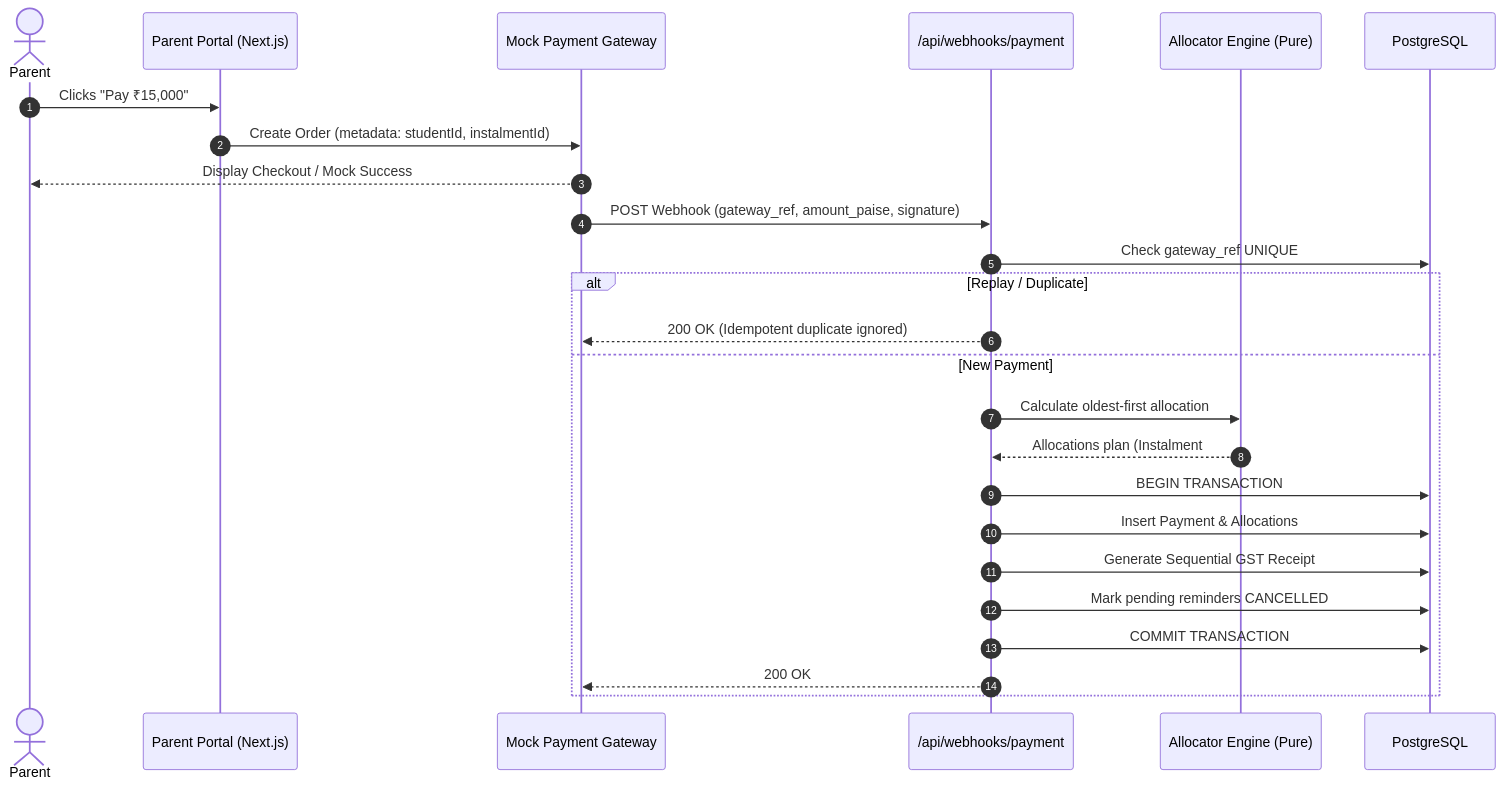
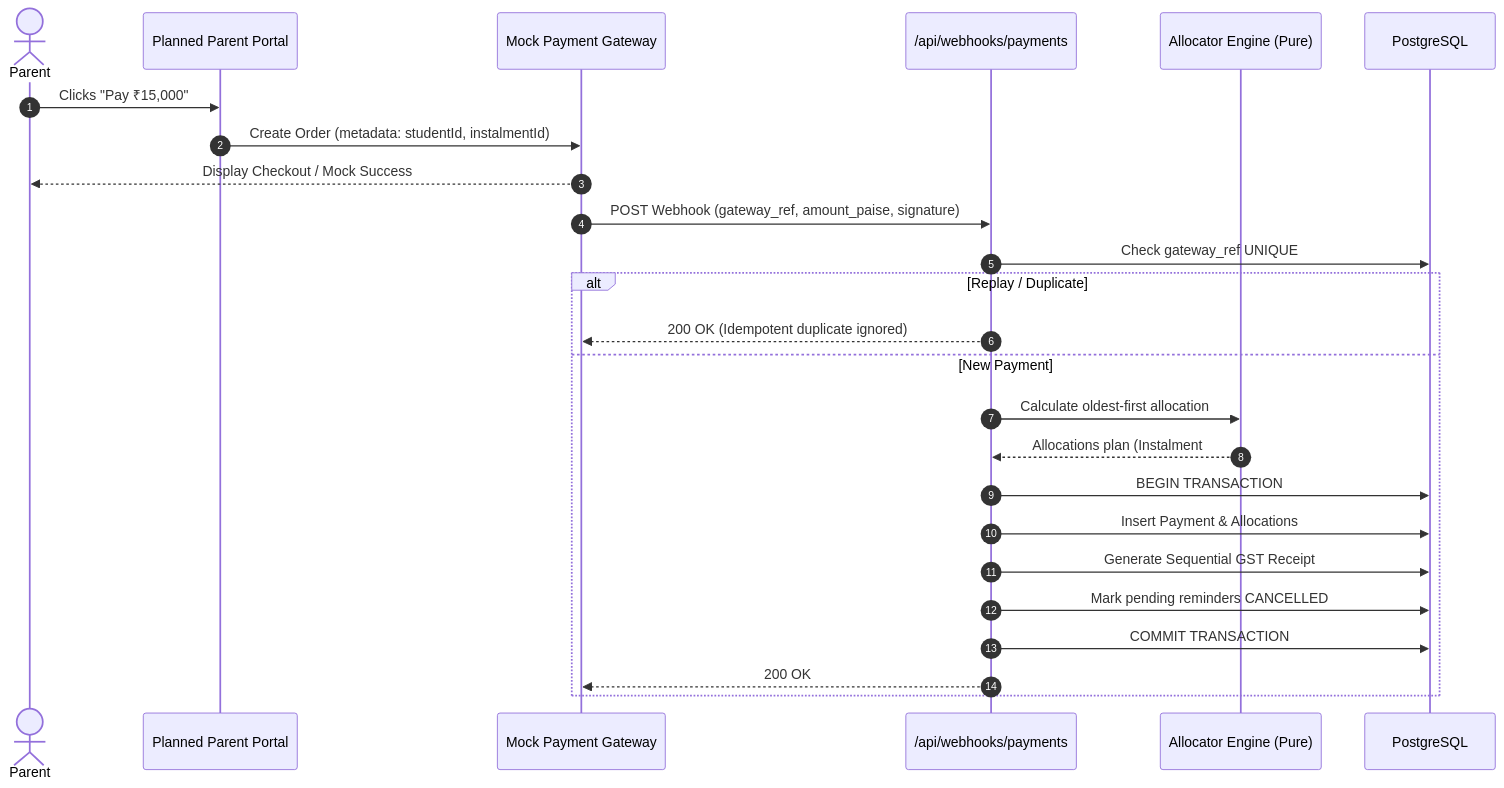
The third of 3 diagrams in docs/HLD.md (kanishkzzz/Payshift), drawn with Mermaid before and after one commit. The commit also changed other lines of this file and 64 other files, not shown here.

````diff
--- a/docs/HLD.md
+++ b/docs/HLD.md
@@ -173,28 +183,28 @@
 ```mermaid
 sequenceDiagram
     autonumber
     actor Parent
-    participant Web as Parent Portal (Next.js)
+    participant Web as Planned Parent Portal
     participant GW as Mock Payment Gateway
-    participant API as /api/webhooks/payment
+    participant API as /api/webhooks/payments
     participant Alloc as Allocator Engine (Pure)
     participant DB as PostgreSQL
 
     Parent->>Web: Clicks "Pay ₹15,000"
     Web->>GW: Create Order (metadata: studentId, instalmentId)
     GW-->>Parent: Display Checkout / Mock Success
     GW->>API: POST Webhook (gateway_ref, amount_paise, signature)
     API->>DB: Check gateway_ref UNIQUE
     alt Replay / Duplicate
         API-->>GW: 200 OK (Idempotent duplicate ignored)
     else New Payment
         API->>Alloc: Calculate oldest-first allocation
         Alloc-->>API: Allocations plan (Instalment #1: full, #2: partial)
         API->>DB: BEGIN TRANSACTION
         API->>DB: Insert Payment & Allocations
         API->>DB: Generate Sequential GST Receipt
         API->>DB: Mark pending reminders CANCELLED
         API->>DB: COMMIT TRANSACTION
         API-->>GW: 200 OK
     end
 ```
````
